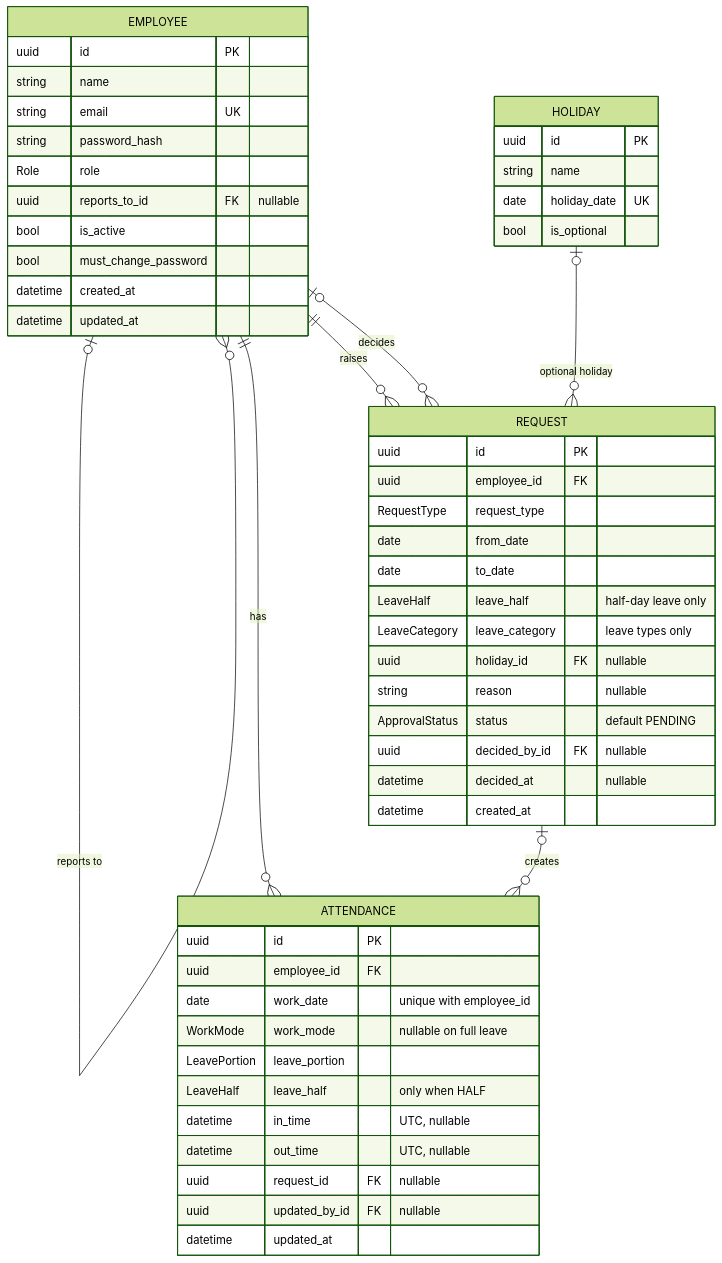
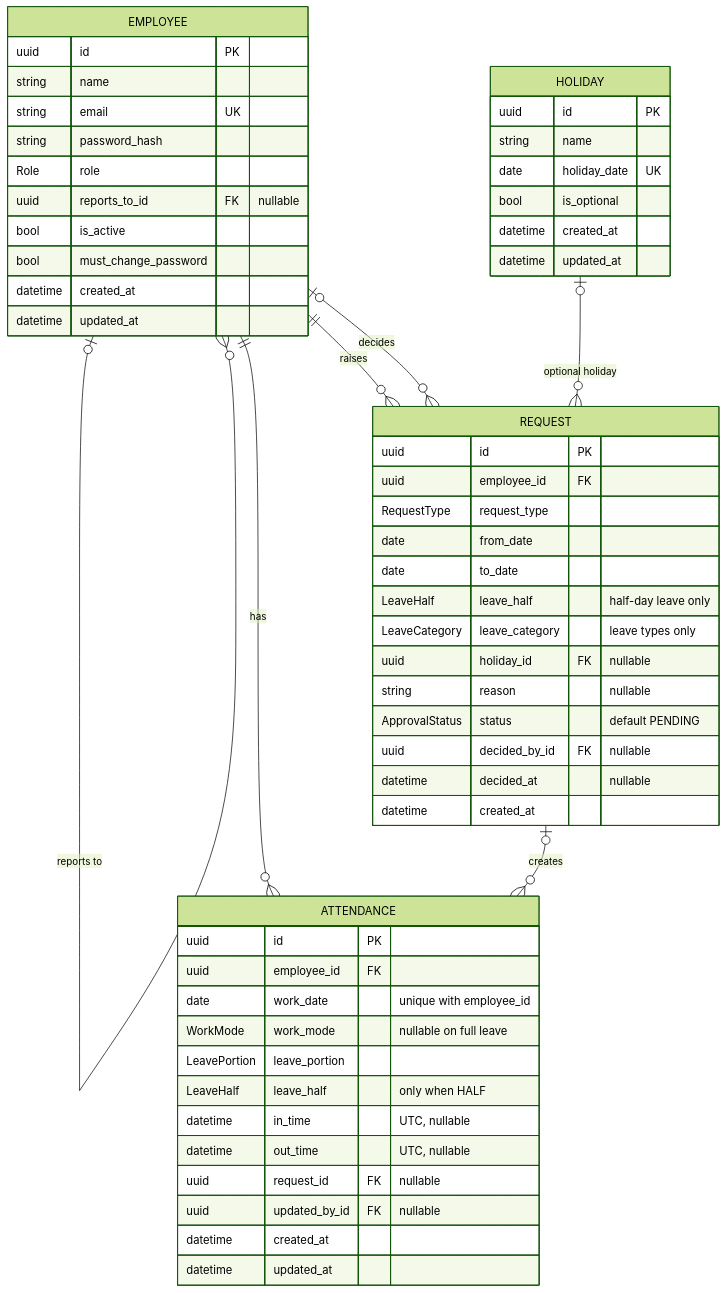
One commit to satyam372/attendance-app changed the diagram in docs/schema.md. Above: the diagram before and after it, drawn with Mermaid (forest theme). The commit also changed other lines of this file and 12 other files, not shown here.

````diff
--- a/docs/schema.md
+++ b/docs/schema.md
@@ -7,56 +7,59 @@
 ```mermaid
 erDiagram
   EMPLOYEE |o--o{ EMPLOYEE : "reports to"
   EMPLOYEE ||--o{ ATTENDANCE : "has"
   EMPLOYEE ||--o{ REQUEST : "raises"
   EMPLOYEE |o--o{ REQUEST : "decides"
   REQUEST |o--o{ ATTENDANCE : "creates"
   HOLIDAY |o--o{ REQUEST : "optional holiday"
 
   EMPLOYEE {
     uuid id PK
     string name
     string email UK
     string password_hash
     Role role
     uuid reports_to_id FK "nullable"
     bool is_active
     bool must_change_password
     datetime created_at
     datetime updated_at
   }
   ATTENDANCE {
     uuid id PK
     uuid employee_id FK
     date work_date "unique with employee_id"
     WorkMode work_mode "nullable on full leave"
     LeavePortion leave_portion
     LeaveHalf leave_half "only when HALF"
     datetime in_time "UTC, nullable"
     datetime out_time "UTC, nullable"
     uuid request_id FK "nullable"
     uuid updated_by_id FK "nullable"
+    datetime created_at
     datetime updated_at
   }
   REQUEST {
     uuid id PK
     uuid employee_id FK
     RequestType request_type
     date from_date
     date to_date
     LeaveHalf leave_half "half-day leave only"
     LeaveCategory leave_category "leave types only"
     uuid holiday_id FK "nullable"
     string reason "nullable"
     ApprovalStatus status "default PENDING"
     uuid decided_by_id FK "nullable"
     datetime decided_at "nullable"
     datetime created_at
   }
   HOLIDAY {
     uuid id PK
     string name
     date holiday_date UK
     bool is_optional
+    datetime created_at
+    datetime updated_at
   }
 ```
````
